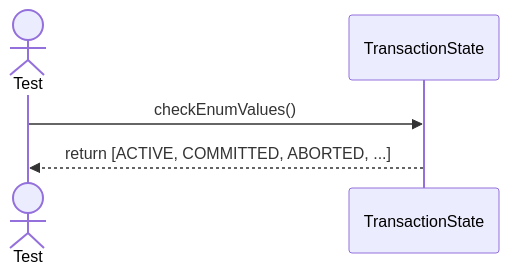
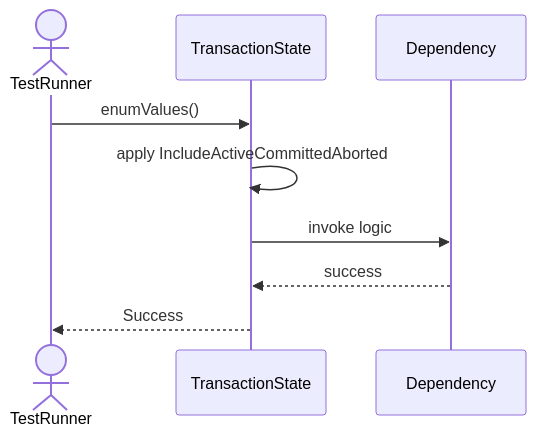
One commit to TamBui1706/DBMS changed the diagram in Sequences/TransactionManagement/TransactionState.md. Above: the diagram before and after it, drawn with Mermaid. The commit also changed other lines of this file and 63 other files, not shown here.

Commit message:
Draw sequence diagram for unit tests

````diff
--- a/Sequences/TransactionManagement/TransactionState.md
+++ b/Sequences/TransactionManagement/TransactionState.md
@@ -7,8 +14,10 @@
 ```mermaid
 sequenceDiagram
-    actor Test
+    actor TestRunner
     participant TransactionState
-
-    Test->>TransactionState: checkEnumValues()
-    TransactionState-->>Test: return [ACTIVE, COMMITTED, ABORTED, ...]
+    TestRunner->>TransactionState: enumValues()
+    TransactionState->>TransactionState: apply IncludeActiveCommittedAborted
+    TransactionState->>Dependency: invoke logic
+    Dependency-->>TransactionState: success
+    TransactionState-->>TestRunner: Success
 ```
````
